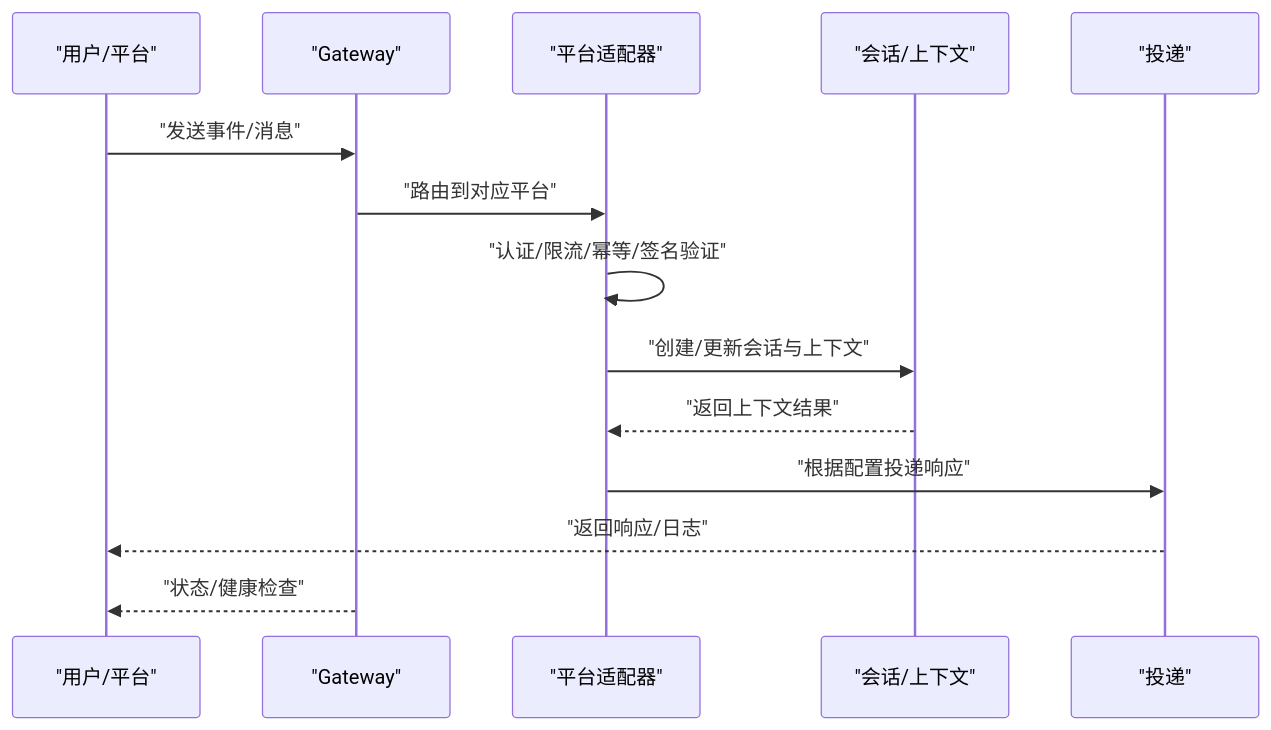
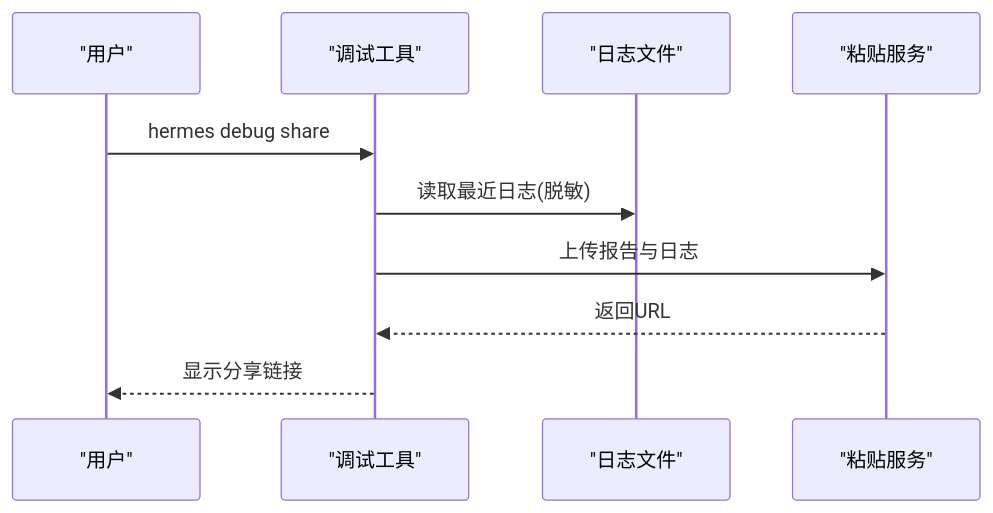
Before and after one commit to haolange/hermes-agent: the fifth of 9 diagrams in .qoder/repowiki/zh/content/故障排除.md, drawn with Mermaid. The commit also changed other lines of this file and 1206 other files, not shown here.

````diff
--- a/.qoder/repowiki/zh/content/故障排除.md
+++ b/.qoder/repowiki/zh/content/故障排除.md
@@ -510,16 +174,12 @@
 ```mermaid
 sequenceDiagram
-participant U as "用户/平台"
-participant GW as "Gateway"
-participant P as "平台适配器"
-participant S as "会话/上下文"
-participant D as "投递"
-U->>GW : "发送事件/消息"
-GW->>P : "路由到对应平台"
-P->>P : "认证/限流/幂等/签名验证"
-P->>S : "创建/更新会话与上下文"
-S-->>P : "返回上下文结果"
-P->>D : "根据配置投递响应"
-D-->>U : "返回响应/日志"
-GW-->>U : "状态/健康检查"
+participant User as "用户"
+participant Debug as "调试工具"
+participant Logs as "日志文件"
+participant Paste as "粘贴服务"
+User->>Debug : hermes debug share
+Debug->>Logs : 读取最近日志(脱敏)
+Debug->>Paste : 上传报告与日志
+Paste-->>Debug : 返回URL
+Debug-->>User : 显示分享链接
 ```
````
